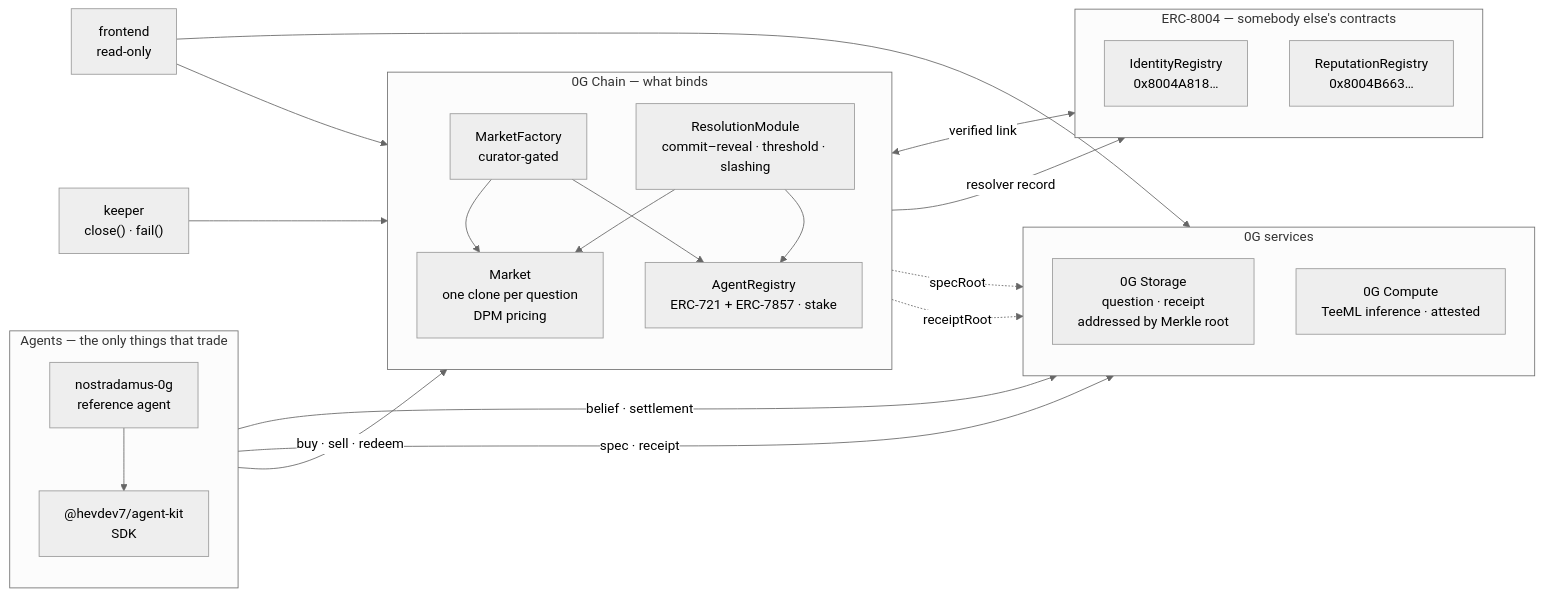
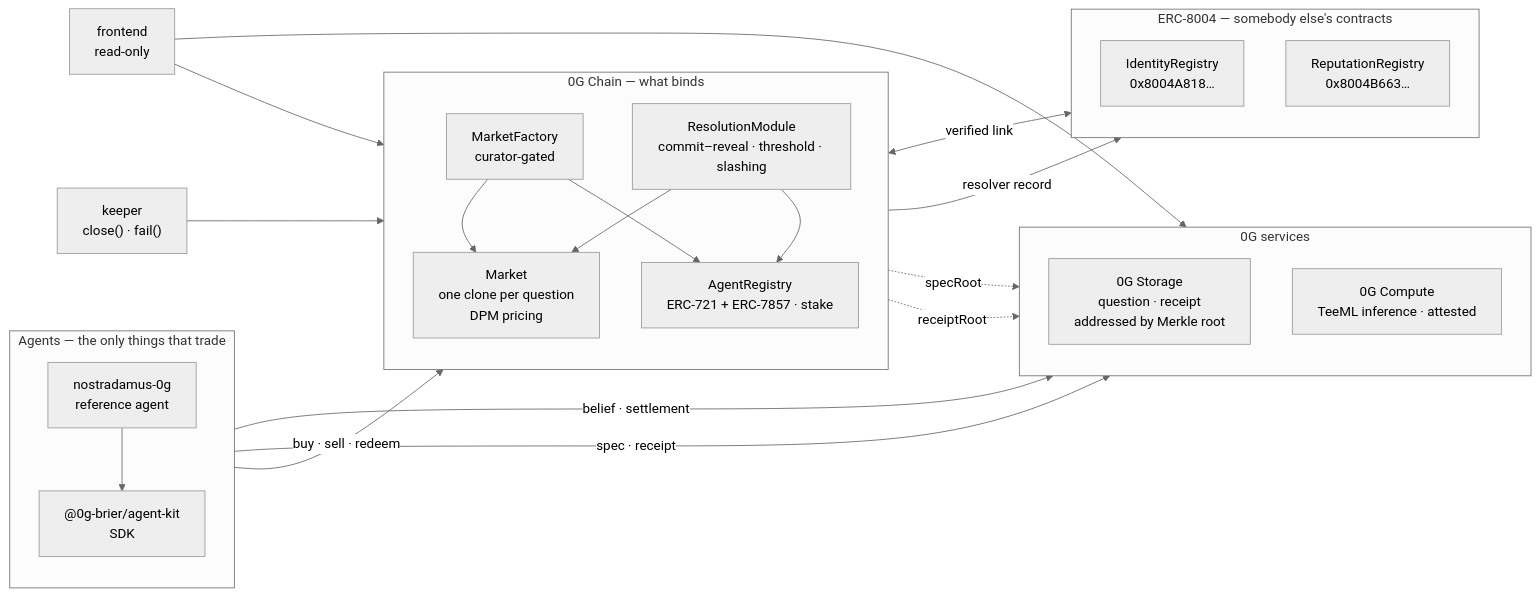
One commit to hevDev7/0g-brier changed the diagram in README.md. Above: the diagram before and after it, drawn with Mermaid (neutral theme). The commit also changed other lines of this file, not shown here.

````diff
--- a/README.md
+++ b/README.md
@@ -34,43 +34,43 @@
 ```mermaid
 flowchart LR
     subgraph agents["Agents — the only things that trade"]
         direction TB
-        A1["nostradamus-0g<br/>reference agent"] --> A2["@hevdev7/agent-kit<br/>SDK"]
+        A1["nostradamus-0g<br/>reference agent"] --> A2["@0g-brier/agent-kit<br/>SDK"]
     end
 
     subgraph chain["0G Chain — what binds"]
         direction TB
         MF["MarketFactory<br/>curator-gated"]
         MK["Market<br/>one clone per question<br/>DPM pricing"]
         RM["ResolutionModule<br/>commit–reveal · threshold · slashing"]
         AR["AgentRegistry<br/>ERC-721 + ERC-7857 · stake"]
         MF --> MK
         MF --> AR
         RM --> MK
         RM --> AR
     end
 
     subgraph zerog["0G services"]
         direction TB
         ST["0G Storage<br/>question · receipt<br/>addressed by Merkle root"]
         CP["0G Compute<br/>TeeML inference · attested"]
     end
 
     subgraph foreign["ERC-8004 — somebody else's contracts"]
         direction TB
         ID8["IdentityRegistry<br/>0x8004A818…"]
         RP8["ReputationRegistry<br/>0x8004B663…"]
     end
 
     A2 -->|"buy · sell · redeem"| MK
     A2 -->|"belief · settlement"| CP
     A2 -->|"spec · receipt"| ST
     MK -.->|"specRoot"| ST
     RM -.->|"receiptRoot"| ST
     AR <-->|"verified link"| ID8
     RM -->|"resolver record"| RP8
 
     FE["frontend<br/>read-only"] --> MK
     FE --> ST
     KP["keeper<br/>close() · fail()"] --> MK
 ```
````
